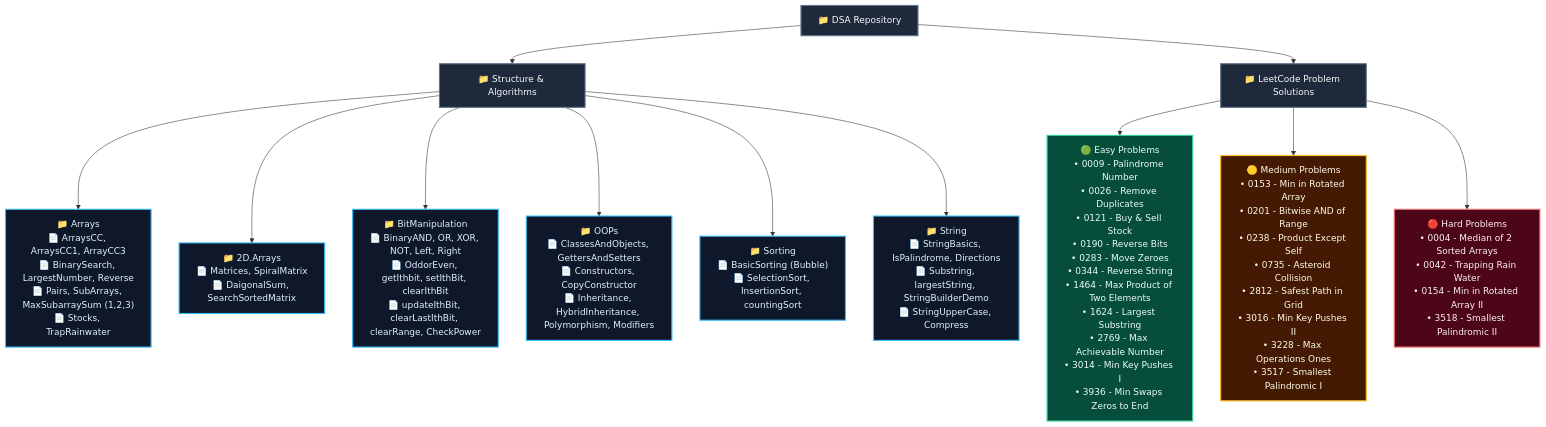
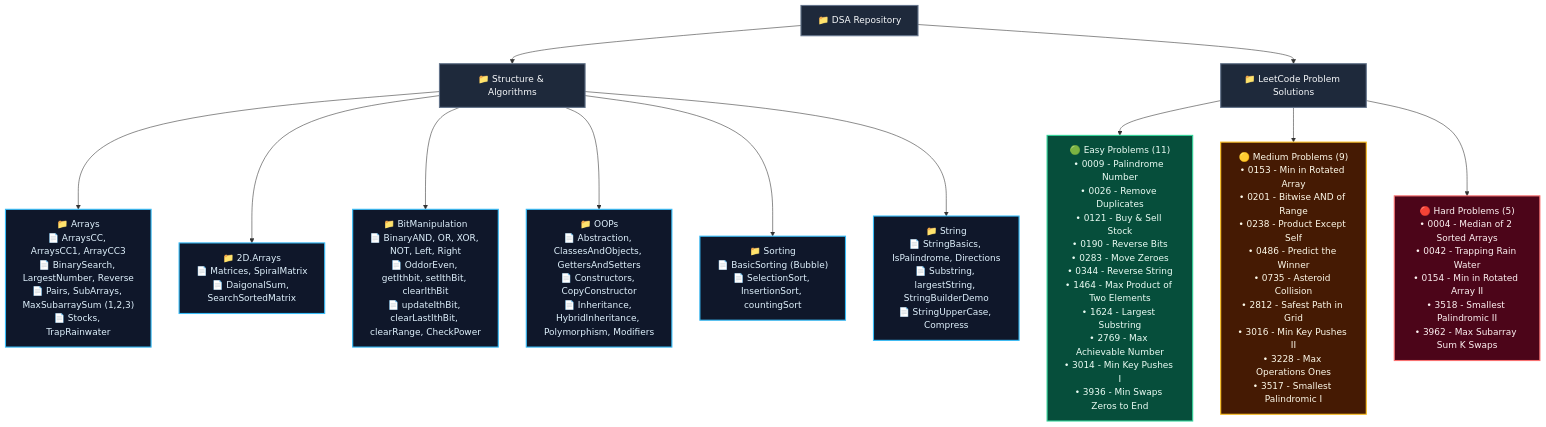
Before and after one commit to raghuvanshi-sec/DSA: the diagram in README.md, drawn with Mermaid. The commit also changed other lines of this file and 4 other files, not shown here.

Commit message:
feat: add LeetCode solutions for 0486-predict-the-winner and 3962-maximum-subarray-sum-after-at-most-k-swaps, and update README documentation.

````diff
--- a/README.md
+++ b/README.md
@@ -160,34 +161,34 @@
 ```mermaid
 flowchart TD
     DSA["📁 DSA Repository"]
     
     %% Categories
     DSA --> Core["📁 Structure & Algorithms"]
     DSA --> LC["📁 LeetCode Problem Solutions"]
     
     %% DSA Breakdown
     Core --> Arrays["📁 Arrays<br/>📄 ArraysCC, ArraysCC1, ArrayCC3<br/>📄 BinarySearch, LargestNumber, Reverse<br/>📄 Pairs, SubArrays, MaxSubarraySum (1,2,3)<br/>📄 Stocks, TrapRainwater"]
     Core --> 2DArrays["📁 2D.Arrays<br/>📄 Matrices, SpiralMatrix<br/>📄 DaigonalSum, SearchSortedMatrix"]
     Core --> Bitwise["📁 BitManipulation<br/>📄 BinaryAND, OR, XOR, NOT, Left, Right<br/>📄 OddorEven, getIthbit, setIthBit, clearIthBit<br/>📄 updateIthBit, clearLastIthBit, clearRange, CheckPower"]
-    Core --> OOPs["📁 OOPs<br/>📄 ClassesAndObjects, GettersAndSetters<br/>📄 Constructors, CopyConstructor<br/>📄 Inheritance, HybridInheritance, Polymorphism, Modifiers"]
+    Core --> OOPs["📁 OOPs<br/>📄 Abstraction, ClassesAndObjects, GettersAndSetters<br/>📄 Constructors, CopyConstructor<br/>📄 Inheritance, HybridInheritance, Polymorphism, Modifiers"]
     Core --> Sorting["📁 Sorting<br/>📄 BasicSorting (Bubble)<br/>📄 SelectionSort, InsertionSort, countingSort"]
     Core --> String["📁 String<br/>📄 StringBasics, IsPalindrome, Directions<br/>📄 Substring, largestString, StringBuilderDemo<br/>📄 StringUpperCase, Compress"]
     
     %% LeetCode Breakdown
-    LC --> Easy["🟢 Easy Problems<br/>• 0009 - Palindrome Number<br/>• 0026 - Remove Duplicates<br/>• 0121 - Buy & Sell Stock<br/>• 0190 - Reverse Bits<br/>• 0283 - Move Zeroes<br/>• 0344 - Reverse String<br/>• 1464 - Max Product of Two Elements<br/>• 1624 - Largest Substring<br/>• 2769 - Max Achievable Number<br/>• 3014 - Min Key Pushes I<br/>• 3936 - Min Swaps Zeros to End"]
-    LC --> Medium["🟡 Medium Problems<br/>• 0153 - Min in Rotated Array<br/>• 0201 - Bitwise AND of Range<br/>• 0238 - Product Except Self<br/>• 0735 - Asteroid Collision<br/>• 2812 - Safest Path in Grid<br/>• 3016 - Min Key Pushes II<br/>• 3228 - Max Operations Ones<br/>• 3517 - Smallest Palindromic I"]
-    LC --> Hard["🔴 Hard Problems<br/>• 0004 - Median of 2 Sorted Arrays<br/>• 0042 - Trapping Rain Water<br/>• 0154 - Min in Rotated Array II<br/>• 3518 - Smallest Palindromic II"]
+    LC --> Easy["🟢 Easy Problems (11)<br/>• 0009 - Palindrome Number<br/>• 0026 - Remove Duplicates<br/>• 0121 - Buy & Sell Stock<br/>• 0190 - Reverse Bits<br/>• 0283 - Move Zeroes<br/>• 0344 - Reverse String<br/>• 1464 - Max Product of Two Elements<br/>• 1624 - Largest Substring<br/>• 2769 - Max Achievable Number<br/>• 3014 - Min Key Pushes I<br/>• 3936 - Min Swaps Zeros to End"]
+    LC --> Medium["🟡 Medium Problems (9)<br/>• 0153 - Min in Rotated Array<br/>• 0201 - Bitwise AND of Range<br/>• 0238 - Product Except Self<br/>• 0486 - Predict the Winner<br/>• 0735 - Asteroid Collision<br/>• 2812 - Safest Path in Grid<br/>• 3016 - Min Key Pushes II<br/>• 3228 - Max Operations Ones<br/>• 3517 - Smallest Palindromic I"]
+    LC --> Hard["🔴 Hard Problems (5)<br/>• 0004 - Median of 2 Sorted Arrays<br/>• 0042 - Trapping Rain Water<br/>• 0154 - Min in Rotated Array II<br/>• 3518 - Smallest Palindromic II<br/>• 3962 - Max Subarray Sum K Swaps"]
 
     %% Styling
     classDef main fill:#1e293b,stroke:#64748b,stroke-width:2px,color:#f8fafc;
     classDef folder fill:#0f172a,stroke:#38bdf8,stroke-width:2px,color:#e0f2fe;
     classDef easy fill:#064e3b,stroke:#34d399,stroke-width:2px,color:#ecfdf5;
     classDef medium fill:#451a03,stroke:#fbbf24,stroke-width:2px,color:#fffbeb;
     classDef hard fill:#4c0519,stroke:#f87171,stroke-width:2px,color:#fef2f2;
     
     class DSA,Core,LC main;
     class Arrays,2DArrays,Bitwise,OOPs,Sorting,String folder;
     class Easy easy;
     class Medium medium;
     class Hard hard;
 ```
````
